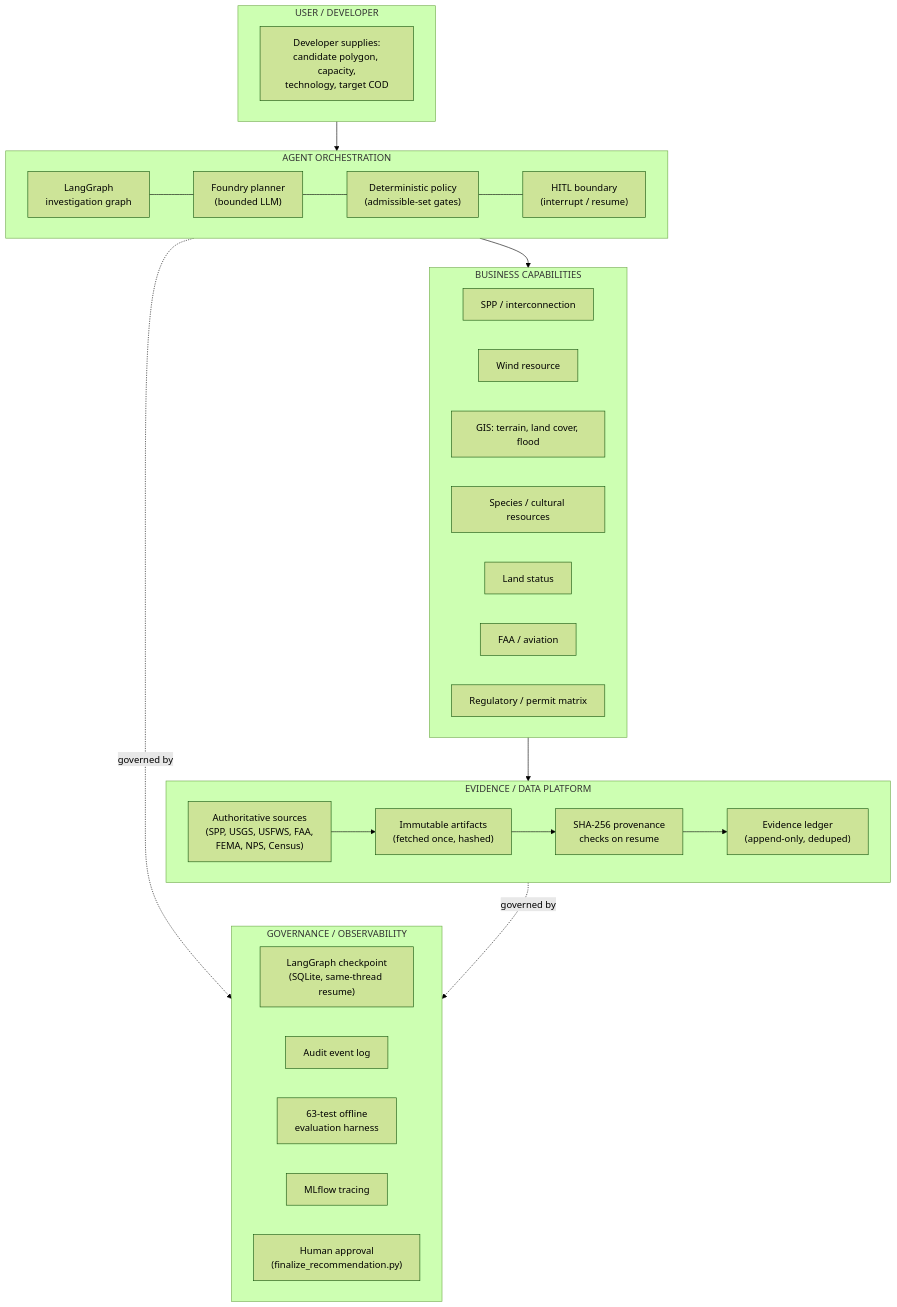
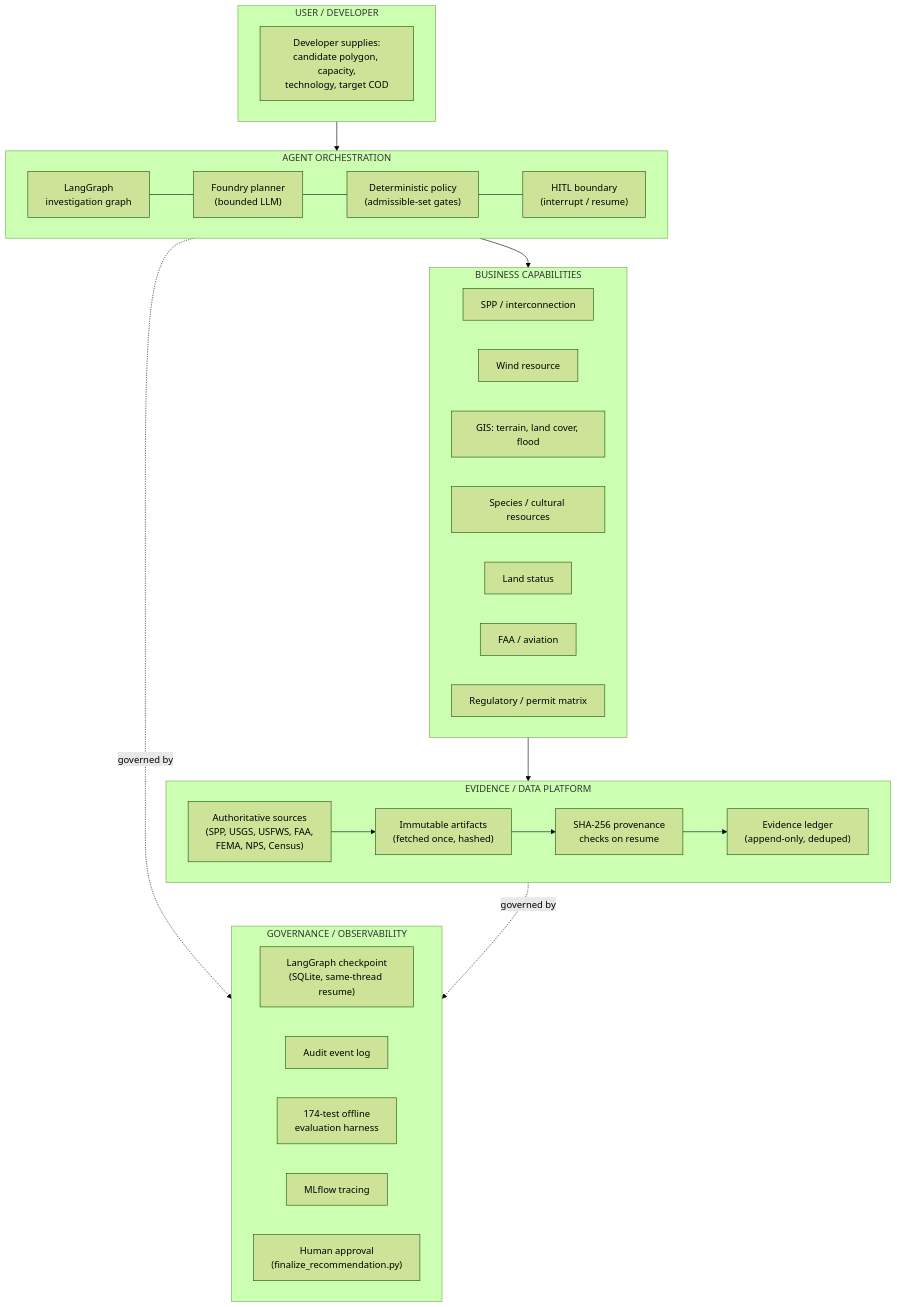
The first of 4 diagrams in docs/architecture/overview.md (manoharpavuluri/renewable-development-intelligence), drawn with Mermaid (forest theme) before and after one commit. The commit also changed other lines of this file and 6 other files, not shown here.

````diff
--- a/docs/architecture/overview.md
+++ b/docs/architecture/overview.md
@@ -5,52 +5,52 @@
 ```mermaid
 flowchart TB
     subgraph L0["USER / DEVELOPER"]
         U["Developer supplies:<br/>candidate polygon, capacity,<br/>technology, target COD"]
     end
 
     subgraph L1["AGENT ORCHESTRATION"]
         direction LR
         LG["LangGraph<br/>investigation graph"]
         FP["Foundry planner<br/>(bounded LLM)"]
         DP["Deterministic policy<br/>(admissible-set gates)"]
         HITL["HITL boundary<br/>(interrupt / resume)"]
         LG --- FP
         FP --- DP
         DP --- HITL
     end
 
     subgraph L2["BUSINESS CAPABILITIES"]
         direction LR
         C1["SPP / interconnection"]
         C2["Wind resource"]
         C3["GIS: terrain, land cover, flood"]
         C4["Species / cultural resources"]
         C5["Land status"]
         C6["FAA / aviation"]
         C7["Regulatory / permit matrix"]
     end
 
     subgraph L3["EVIDENCE / DATA PLATFORM"]
         direction LR
         SRC["Authoritative sources<br/>(SPP, USGS, USFWS, FAA,<br/>FEMA, NPS, Census)"]
         ART["Immutable artifacts<br/>(fetched once, hashed)"]
         HASH["SHA-256 provenance<br/>checks on resume"]
         LEDGER["Evidence ledger<br/>(append-only, deduped)"]
         SRC --> ART --> HASH --> LEDGER
     end
 
     subgraph L4["GOVERNANCE / OBSERVABILITY"]
         direction LR
         CKPT["LangGraph checkpoint<br/>(SQLite, same-thread resume)"]
         AUDIT["Audit event log"]
-        EVAL["63-test offline<br/>evaluation harness"]
+        EVAL["174-test offline<br/>evaluation harness"]
         MLF["MLflow tracing"]
         APPR["Human approval<br/>(finalize_recommendation.py)"]
     end
 
     L0 --> L1
     L1 --> L2
     L2 --> L3
     L1 -.governed by.-> L4
     L3 -.governed by.-> L4
 ```
````
